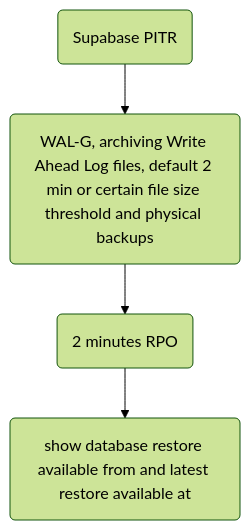
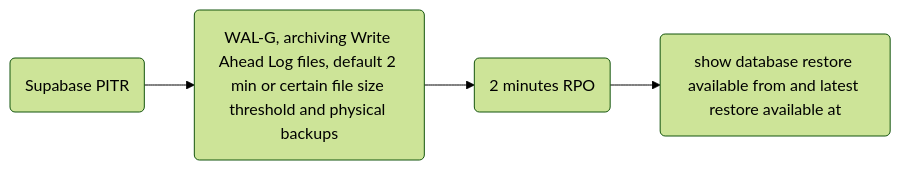
One commit to xieydd/xieydd.github.io changed the third of 4 diagrams in en/postgres-ha/index.md. Above: the diagram before and after it, drawn with Mermaid (forest theme). The commit also changed other lines of this file and 96 other files, not shown here.

````diff
--- a/en/postgres-ha/index.md
+++ b/en/postgres-ha/index.md
@@ -191,6 +210,6 @@
-```mermaid
-graph TD;
-A(Supabase PITR)-->B(WAL-G, archiving Write Ahead Log files, default 2 min or certain file size threshold and physical backups);
-B-->C(2 minutes RPO);
-C-->D(show database restore available from and latest restore available at);
-```
+    ```mermaid
+    graph LR;
+    A(Supabase PITR)-->B(WAL-G, archiving Write Ahead Log files, default 2 min or certain file size threshold and physical backups);
+    B-->C(2 minutes RPO);
+    C-->D(show database restore available from and latest restore available at);
+    ```
````
